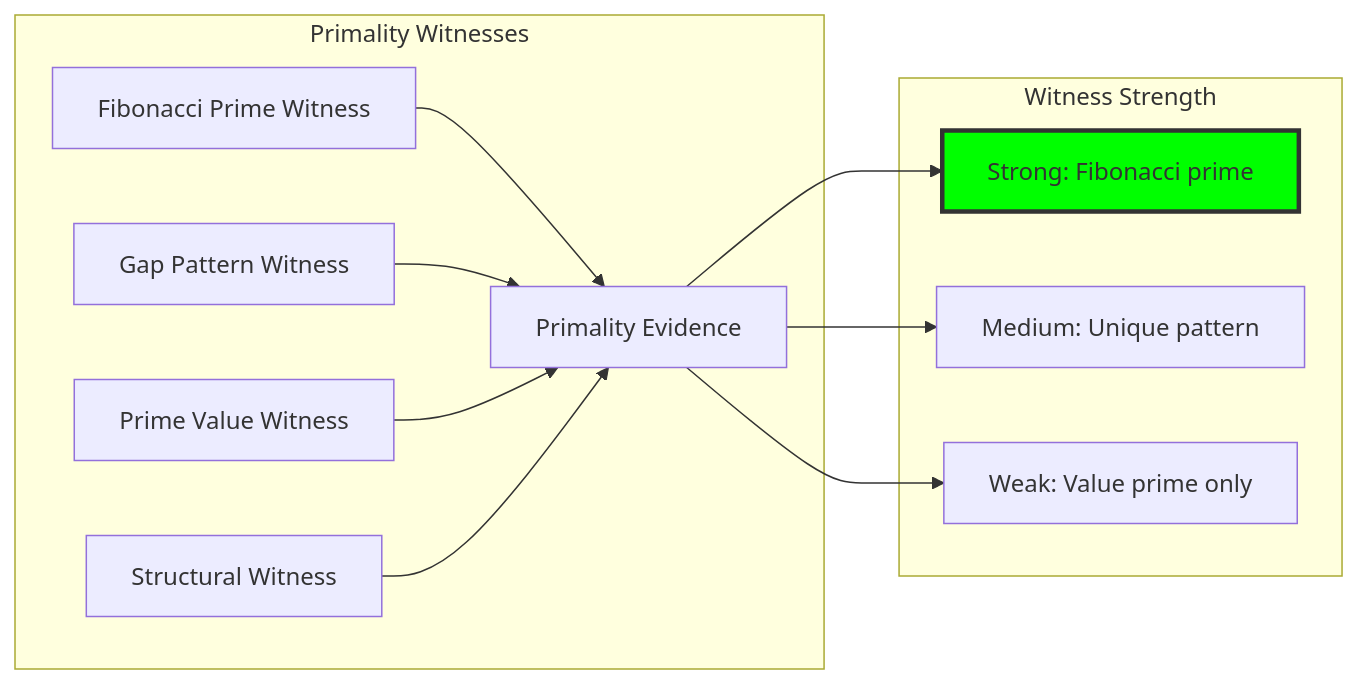
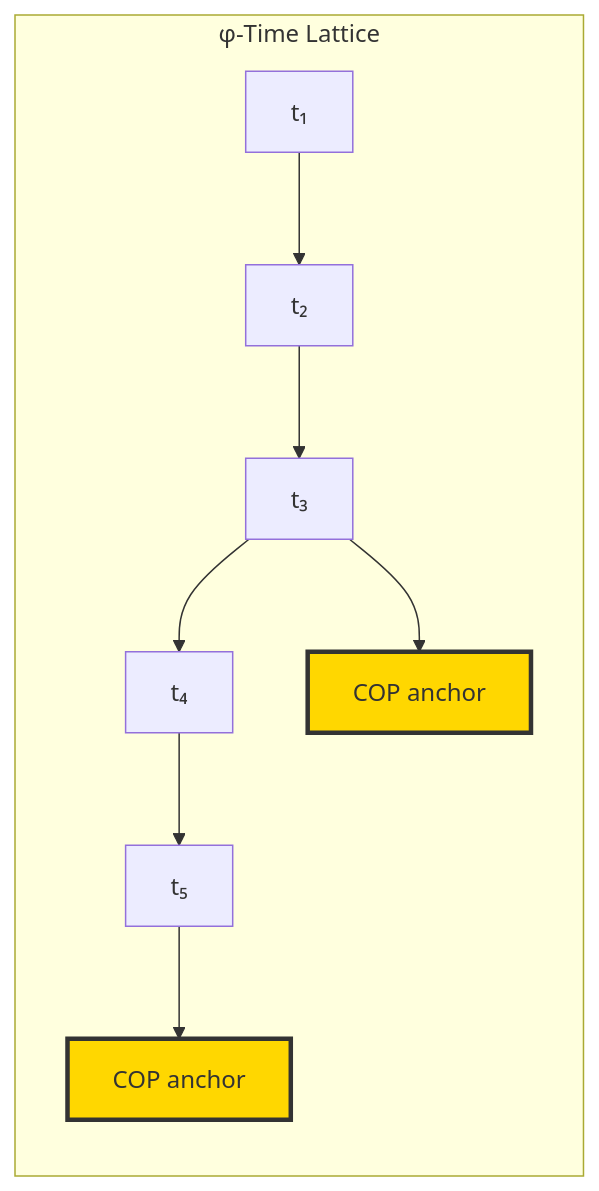
One commit to loning/the-binarymath changed the sixth of 13 diagrams in docs/codex/volume-01-trace-numbers/chapter-023-prime-trace.md. Above: the diagram before and after it, drawn with Mermaid. The commit also changed other lines of this file and 4 other files, not shown here.

````diff
--- a/docs/codex/volume-01-trace-numbers/chapter-023-prime-trace.md
+++ b/docs/codex/volume-01-trace-numbers/chapter-023-prime-trace.md
@@ -224,23 +310,20 @@
 ```mermaid
 graph LR
-    subgraph "Primality Witnesses"
-        FIBO_PRIME["Fibonacci Prime Witness"]
-        GAP_PATTERN["Gap Pattern Witness"]
-        VALUE_PRIME["Prime Value Witness"]
-        STRUCTURAL["Structural Witness"]
+    subgraph "φ-Time Lattice"
+        T1["t₁"]
+        T2["t₂"]
+        T3["t₃"]
+        T4["t₄"]
+        T5["t₅"]
         
-        EVIDENCE["Primality Evidence"]
+        COP1["COP anchor"]
+        COP2["COP anchor"]
         
-        FIBO_PRIME & GAP_PATTERN & VALUE_PRIME & STRUCTURAL --> EVIDENCE
+        T1 --> T2 --> T3 --> T4 --> T5
+        T3 --> COP1
+        T5 --> COP2
     end
     
-    subgraph "Witness Strength"
-        STRONG["Strong: Fibonacci prime"]
-        MEDIUM["Medium: Unique pattern"]
-        WEAK["Weak: Value prime only"]
-        
-        EVIDENCE --> STRONG & MEDIUM & WEAK
-    end
-    
-    style STRONG fill:#0f0,stroke:#333,stroke-width:3px
+    style COP1 fill:#ffd700,stroke:#333,stroke-width:3px
+    style COP2 fill:#ffd700,stroke:#333,stroke-width:3px
 ```
````
